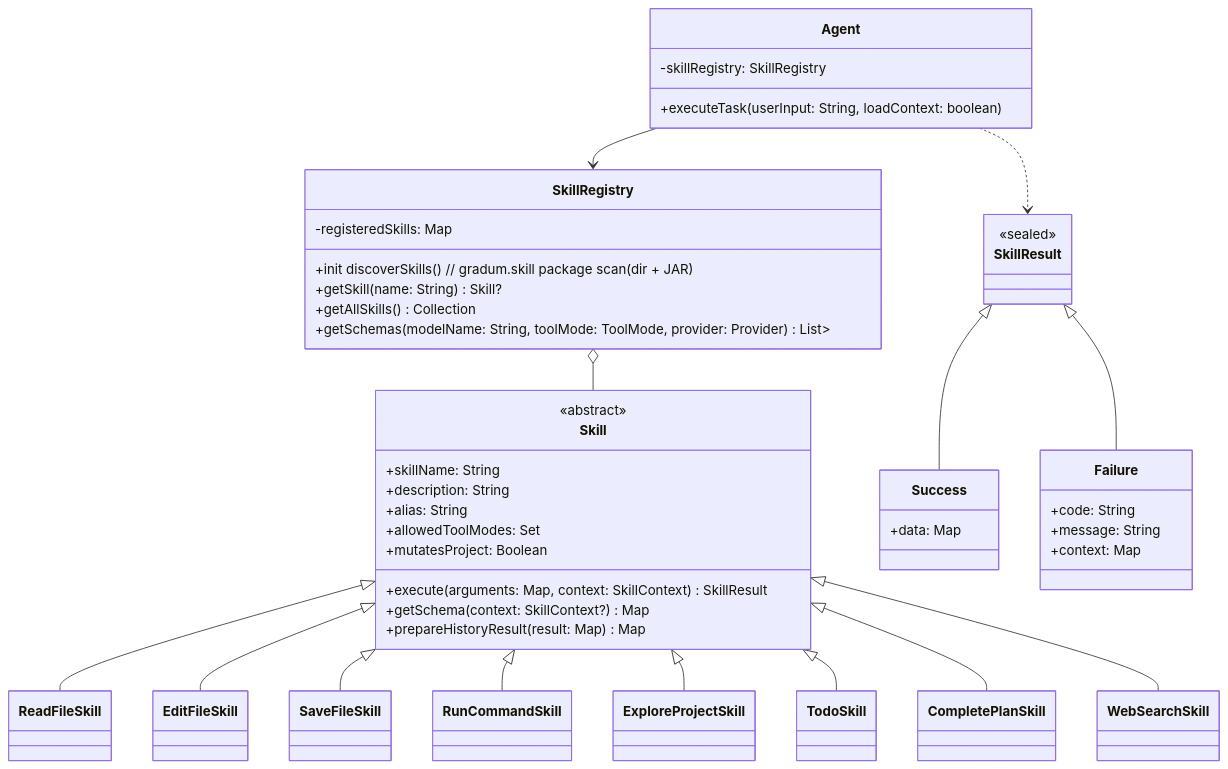
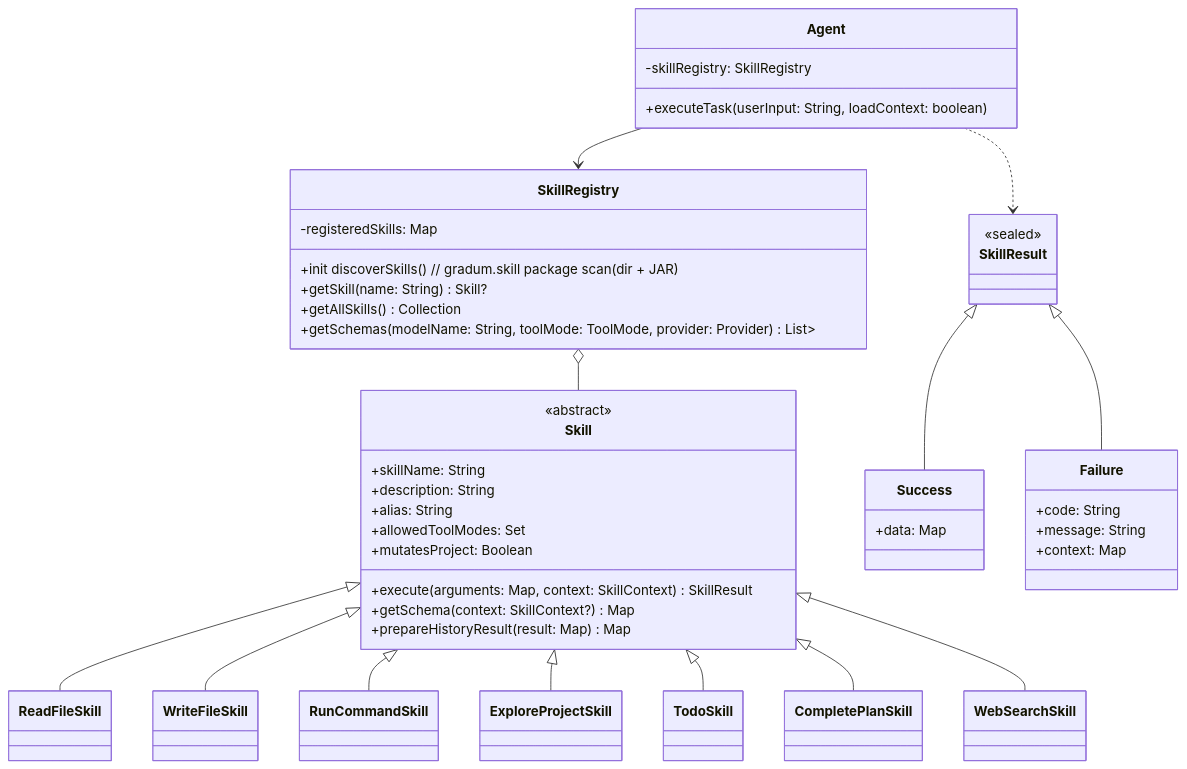
One commit to lg841226/Gradum changed diagram 19 of 29 in docs/ARCHITECTURE.md. Above: the diagram before and after it, drawn with Mermaid. The commit also changed other lines of this file and 41 other files, not shown here.

First line of the commit message:
feat: merge save_file and edit_file into a single write_file skill

````diff
--- a/docs/ARCHITECTURE.md
+++ b/docs/ARCHITECTURE.md
@@ -1251,65 +1246,63 @@
 ```mermaid
 classDiagram
     class Skill {
         <<abstract>>
         +skillName: String
         +description: String
         +alias: String
         +allowedToolModes: Set<ToolMode>
         +mutatesProject: Boolean
         +execute(arguments: Map<String, Any>, context: SkillContext) SkillResult
         +getSchema(context: SkillContext?) Map<String, Any>
         +prepareHistoryResult(result: Map<String, Any>) Map<String, Any>
     }
 
     class SkillResult {
         <<sealed>>
     }
 
     class Success {
         +data: Map<String, Any>
     }
 
     class Failure {
         +code: String
         +message: String
         +context: Map<String, Any>
     }
 
     class SkillRegistry {
         -registeredSkills: Map<String, Skill>
         +init discoverSkills() // gradum.skill package scan (dir + JAR)
         +getSkill(name: String) Skill?
         +getAllSkills() Collection<Skill>
         +getSchemas(modelName: String, toolMode: ToolMode, provider: Provider) List<Map<String, Any>>
     }
 
     class ReadFileSkill
-    class EditFileSkill
-    class SaveFileSkill
+    class WriteFileSkill
     class RunCommandSkill
     class ExploreProjectSkill
     class TodoSkill
     class CompletePlanSkill
     class WebSearchSkill
 
     SkillResult <|-- Success
     SkillResult <|-- Failure
     Skill <|-- ReadFileSkill
-    Skill <|-- EditFileSkill
-    Skill <|-- SaveFileSkill
+    Skill <|-- WriteFileSkill
     Skill <|-- RunCommandSkill
     Skill <|-- ExploreProjectSkill
     Skill <|-- TodoSkill
     Skill <|-- CompletePlanSkill
     Skill <|-- WebSearchSkill
     SkillRegistry o-- Skill
 
     class Agent {
         -skillRegistry: SkillRegistry
         +executeTask(userInput: String, loadContext: boolean)
     }
 
     Agent --> SkillRegistry
     Agent ..> SkillResult
 ```
````
